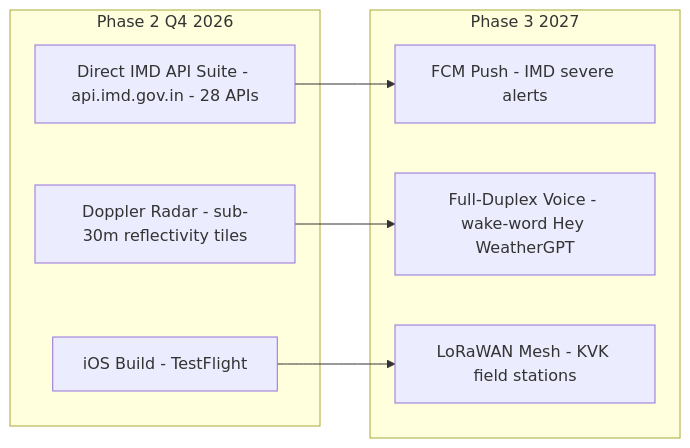
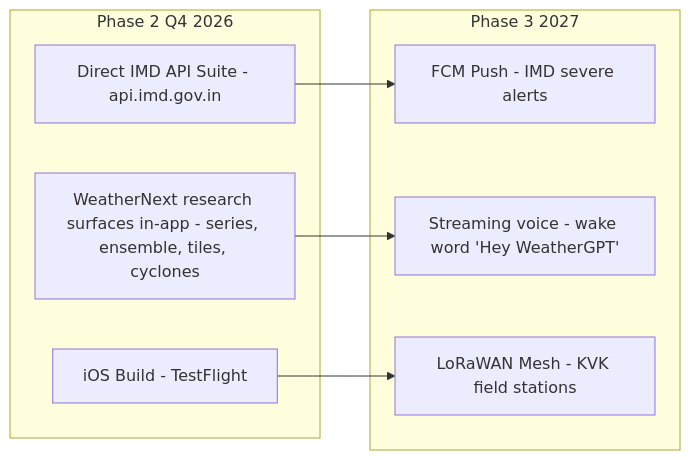
One commit to omsenjalia/weathergpt-app changed the ninth of 9 diagrams in ARCHITECTURE.md. Above: the diagram before and after it, drawn with Mermaid. The commit also changed other lines of this file, not shown here.

First line of the commit message:
docs: sync ARCHITECTURE.md with current app and backend (#38)

````diff
--- a/ARCHITECTURE.md
+++ b/ARCHITECTURE.md
@@ -763,16 +996,16 @@
 ```mermaid
 graph LR
     subgraph "Phase 2 Q4 2026"
-        R1["Direct IMD API Suite - api.imd.gov.in - 28 APIs"]
-        R2["Doppler Radar - sub-30m reflectivity tiles"]
+        R1["Direct IMD API Suite - api.imd.gov.in"]
+        R2["WeatherNext research surfaces in-app - series, ensemble, tiles, cyclones"]
         R3["iOS Build - TestFlight"]
     end
     subgraph "Phase 3 2027"
         R4["FCM Push - IMD severe alerts"]
-        R5["Full-Duplex Voice - wake-word Hey WeatherGPT"]
+        R5["Streaming voice - wake word 'Hey WeatherGPT'"]
         R6["LoRaWAN Mesh - KVK field stations"]
     end
     R1 --> R4
     R2 --> R5
     R3 --> R6
 ```
````
